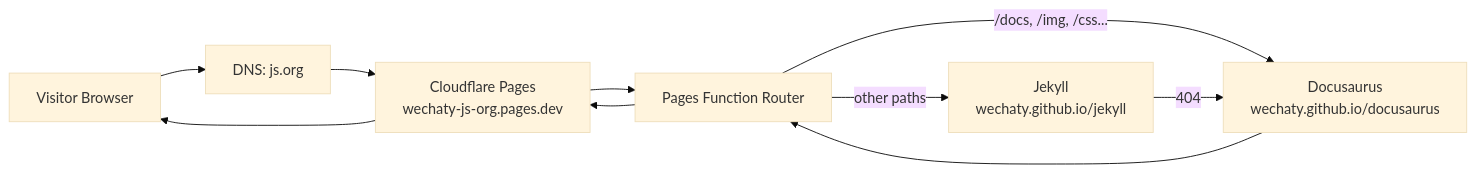
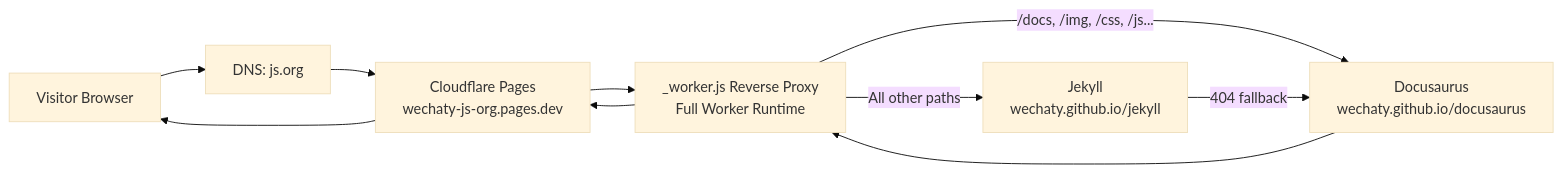
Before and after one commit to wechaty/js.org: the first of 3 diagrams in README.md, drawn with Mermaid (base theme). The commit also changed other lines of this file, not shown here.

Commit message:
docs: update README to reflect new Cloudflare Pages architecture and _worker.js implementation

````diff
--- a/README.md
+++ b/README.md
@@ -51,10 +71,10 @@
 ```mermaid
 flowchart LR
     A[Visitor Browser] --> B[DNS: js.org]
     B --> C[Cloudflare Pages<br>wechaty-js-org.pages.dev]
-    C --> D[Pages Function Router]
-    D -->|/docs, /img, /css...| E[Docusaurus<br>wechaty.github.io/docusaurus]
-    D -->|other paths| F[Jekyll<br>wechaty.github.io/jekyll]
-    F -->|404| E
+    C --> D[_worker.js Reverse Proxy<br>Full Worker Runtime]
+    D -->|/docs, /img, /css, /js...| E[Docusaurus<br>wechaty.github.io/docusaurus]
+    D -->|All other paths| F[Jekyll<br>wechaty.github.io/jekyll]
+    F -->|404 fallback| E
     E --> D --> C --> A
 ```
````
